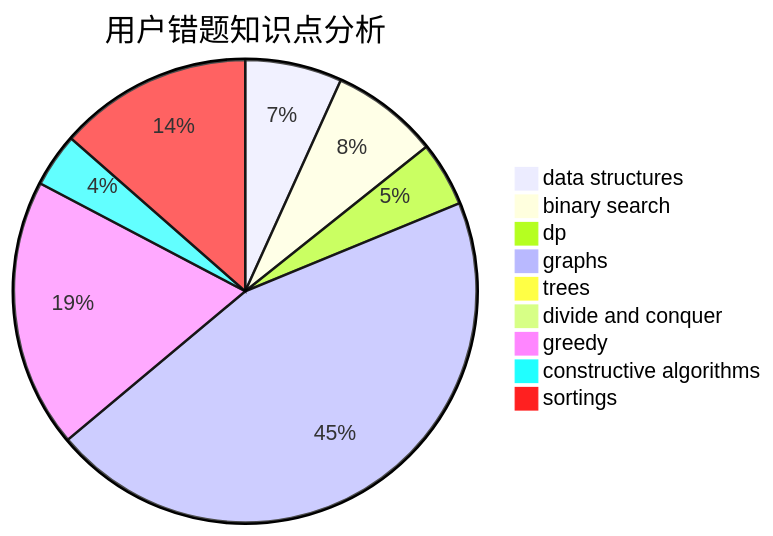
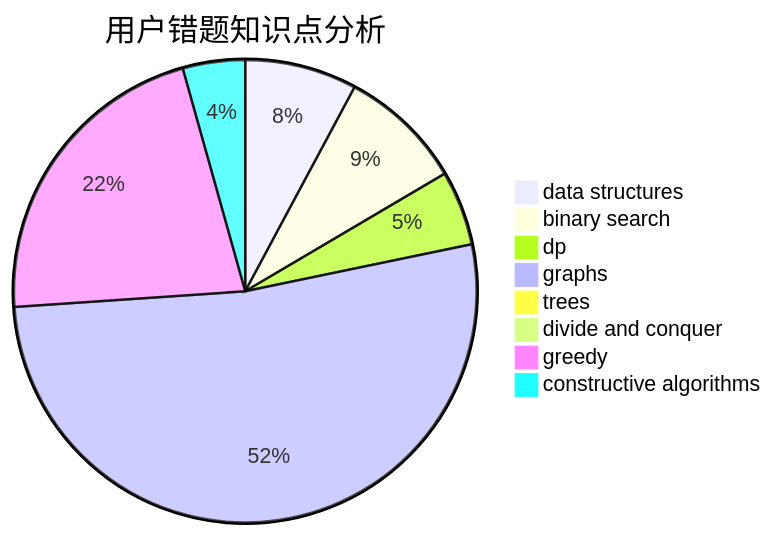
The third of 3 diagrams in docs/user/u1680.md (sherpahu/cfrs.github.io), drawn with Mermaid before and after one commit. The commit also changed other lines of this file and 2769 other files, not shown here.

````diff
--- a/docs/user/u1680.md
+++ b/docs/user/u1680.md
@@ -32,12 +31,11 @@
 ```mermaid
 pie title 用户错题知识点分析
     "data structures" :  9
     "binary search" :  10
     "dp" :  6
     "graphs" :  60
     "trees" :  0
     "divide and conquer" :  0
     "greedy" :  25
     "constructive algorithms" :  5
-    "sortings" :  18
 ```
````
